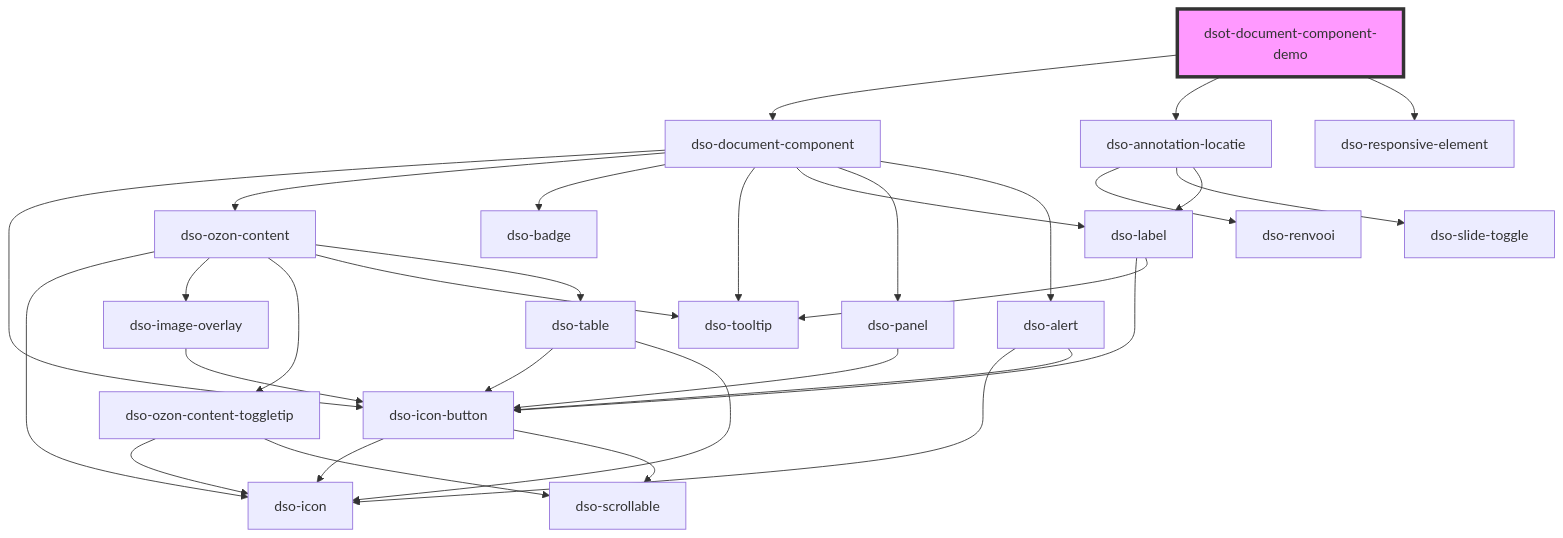
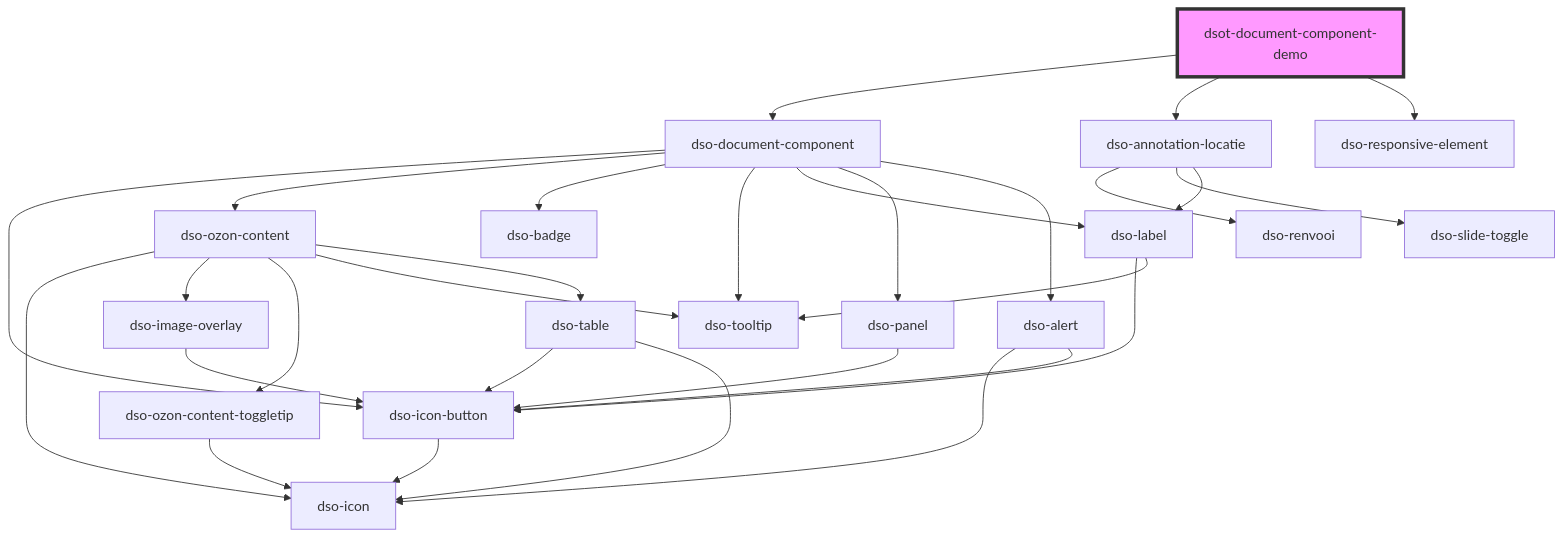
Before and after one commit to dso-toolkit/dso-toolkit: the diagram in packages/core/src/components/document-component-demo/readme.md, drawn with Mermaid. The commit also changed 37 other files, not shown here.

````diff
--- a/packages/core/src/components/document-component-demo/readme.md
+++ b/packages/core/src/components/document-component-demo/readme.md
@@ -37,34 +37,32 @@
 ```mermaid
 graph TD;
   dsot-document-component-demo --> dso-document-component
   dsot-document-component-demo --> dso-annotation-locatie
   dsot-document-component-demo --> dso-responsive-element
   dso-document-component --> dso-icon-button
   dso-document-component --> dso-ozon-content
   dso-document-component --> dso-badge
   dso-document-component --> dso-tooltip
   dso-document-component --> dso-label
   dso-document-component --> dso-panel
   dso-document-component --> dso-alert
   dso-icon-button --> dso-icon
-  dso-icon-button --> dso-scrollable
   dso-ozon-content --> dso-icon
   dso-ozon-content --> dso-image-overlay
   dso-ozon-content --> dso-ozon-content-toggletip
   dso-ozon-content --> dso-tooltip
   dso-ozon-content --> dso-table
   dso-image-overlay --> dso-icon-button
   dso-ozon-content-toggletip --> dso-icon
-  dso-ozon-content-toggletip --> dso-scrollable
   dso-table --> dso-icon-button
   dso-table --> dso-icon
   dso-label --> dso-icon-button
   dso-label --> dso-tooltip
   dso-panel --> dso-icon-button
   dso-alert --> dso-icon
   dso-alert --> dso-icon-button
   dso-annotation-locatie --> dso-renvooi
   dso-annotation-locatie --> dso-slide-toggle
   dso-annotation-locatie --> dso-label
   style dsot-document-component-demo fill:#f9f,stroke:#333,stroke-width:4px
 ```
````
